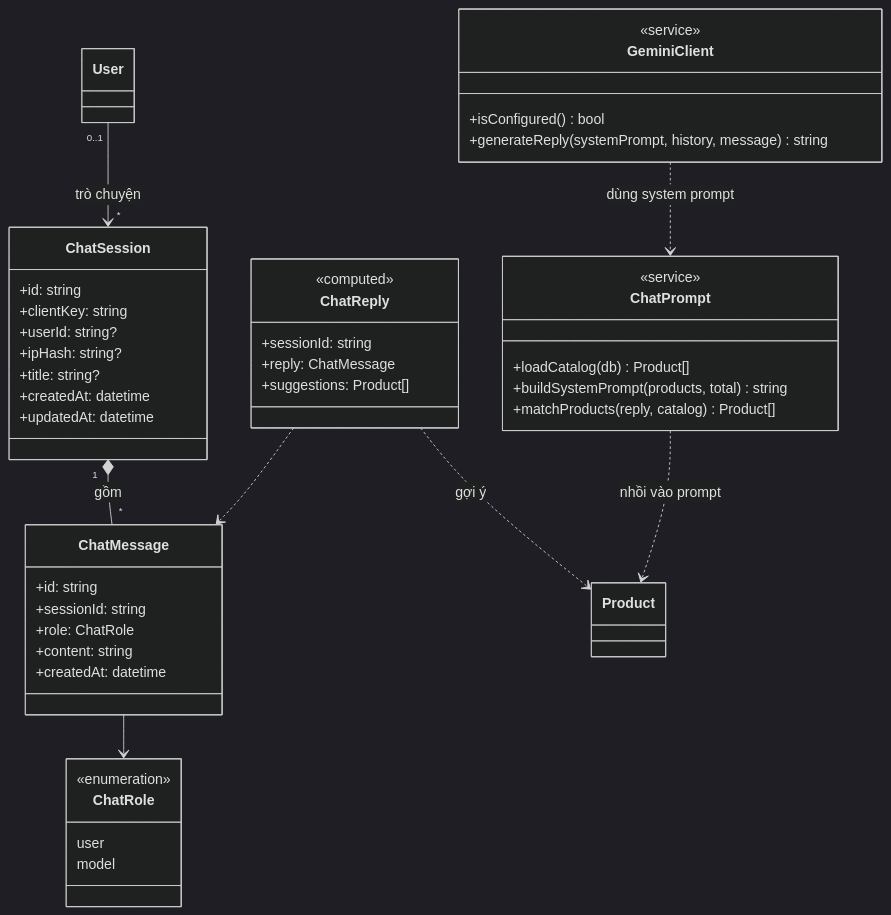
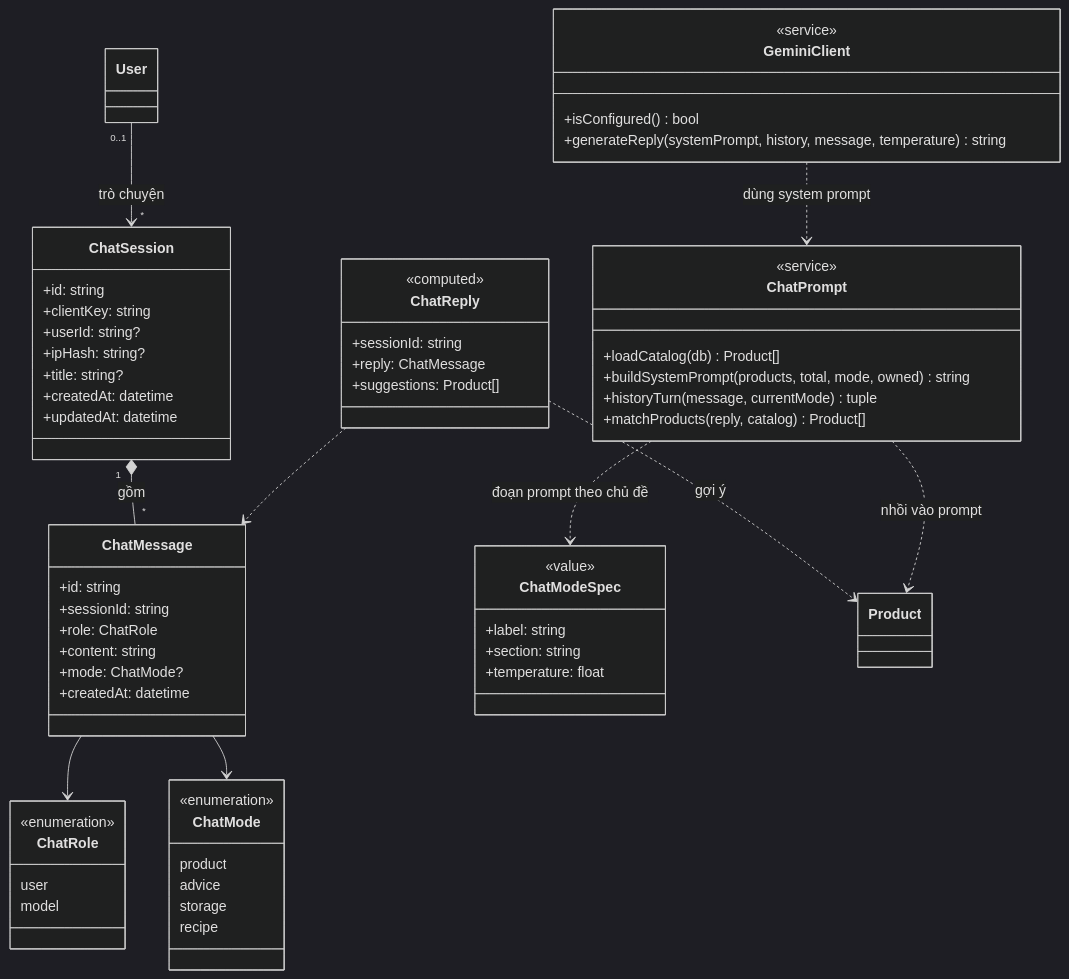
One commit to ngvuowng/doan changed diagram 46 of 51 in docs/SRS.md. Above: the diagram before and after it, drawn with Mermaid (dark theme). The commit also changed other lines of this file and 15 other files, not shown here.

````diff
--- a/docs/SRS.md
+++ b/docs/SRS.md
@@ -2423,56 +2426,75 @@
 ```mermaid
 classDiagram
     direction TB
 
     class ChatSession {
         +id: string
         +clientKey: string
         +userId: string?
         +ipHash: string?
         +title: string?
         +createdAt: datetime
         +updatedAt: datetime
     }
 
     class ChatMessage {
         +id: string
         +sessionId: string
         +role: ChatRole
         +content: string
+        +mode: ChatMode?
         +createdAt: datetime
     }
 
     class ChatRole {
         <<enumeration>>
         user
         model
+    }
+
+    class ChatMode {
+        <<enumeration>>
+        product
+        advice
+        storage
+        recipe
     }
 
     class ChatReply {
         <<computed>>
         +sessionId: string
         +reply: ChatMessage
         +suggestions: Product[]
     }
 
     class GeminiClient {
         <<service>>
         +isConfigured() bool
-        +generateReply(systemPrompt, history, message) string
+        +generateReply(systemPrompt, history, message, temperature) string
     }
 
     class ChatPrompt {
         <<service>>
         +loadCatalog(db) Product[]
-        +buildSystemPrompt(products, total) string
+        +buildSystemPrompt(products, total, mode, owned) string
+        +historyTurn(message, currentMode) tuple
         +matchProducts(reply, catalog) Product[]
+    }
+
+    class ChatModeSpec {
+        <<value>>
+        +label: string
+        +section: string
+        +temperature: float
     }
 
     User "0..1" --> "*" ChatSession : trò chuyện
     ChatSession "1" *-- "*" ChatMessage : gồm
     ChatMessage --> ChatRole
+    ChatMessage --> ChatMode
+    ChatPrompt ..> ChatModeSpec : đoạn prompt theo chủ đề
     ChatReply ..> ChatMessage
     ChatReply ..> Product : gợi ý
     ChatPrompt ..> Product : nhồi vào prompt
     GeminiClient ..> ChatPrompt : dùng system prompt
 ```
````
